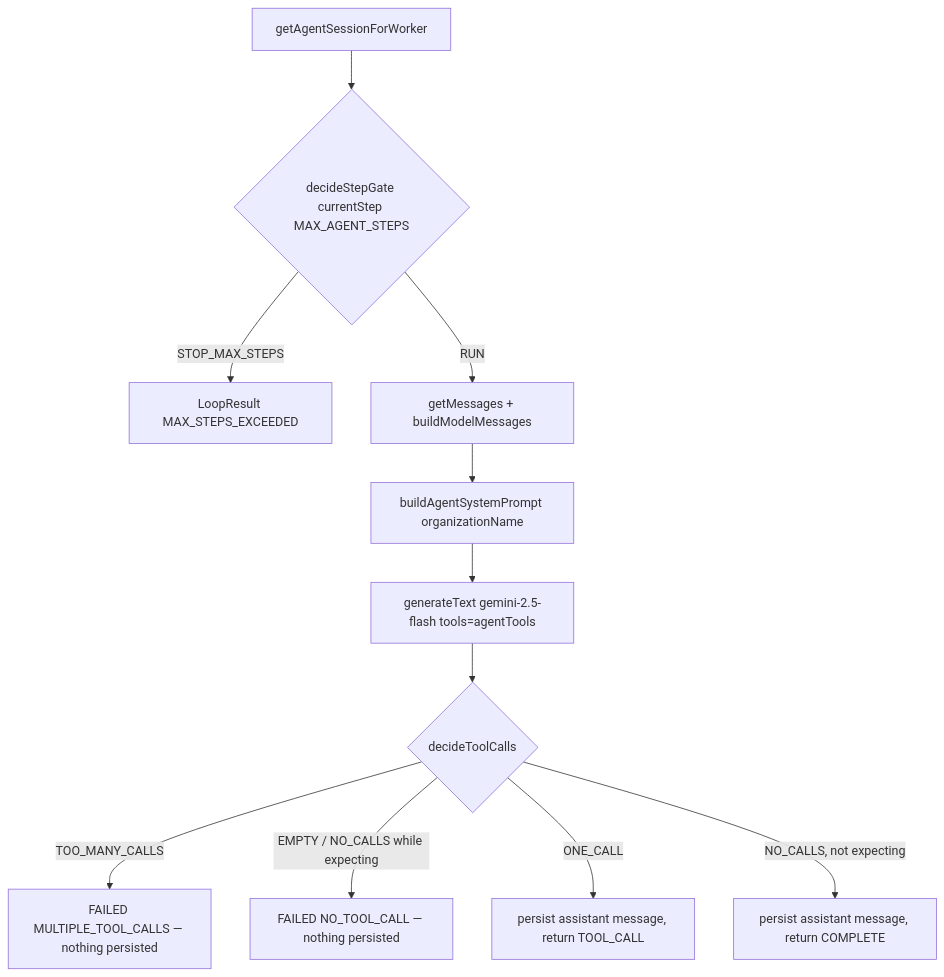
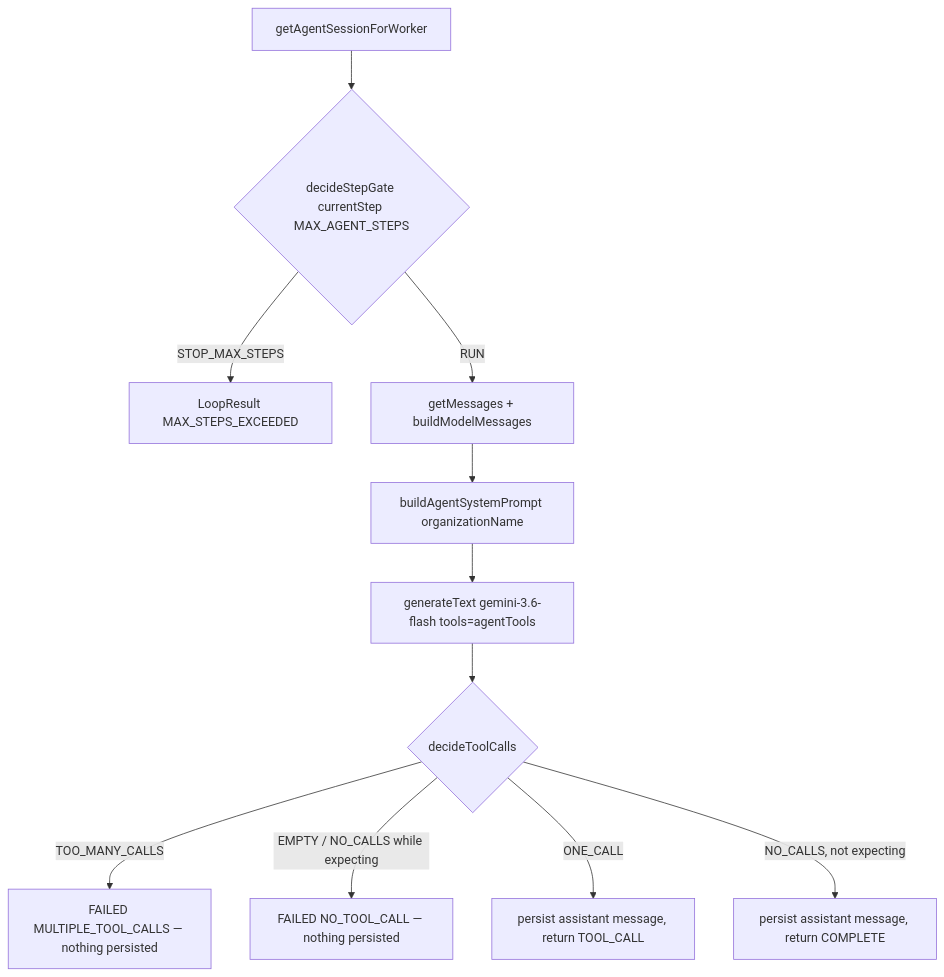
One commit to Mayur11code/Forge changed the third of 7 diagrams in forge/docs/architecture/agent/runtime.md. Above: the diagram before and after it, drawn with Mermaid. The commit also changed 5 other files, not shown here.

````diff
--- a/forge/docs/architecture/agent/runtime.md
+++ b/forge/docs/architecture/agent/runtime.md
@@ -172,13 +172,13 @@
 ```mermaid
 flowchart TD
     S[getAgentSessionForWorker] --> G{decideStepGate currentStep MAX_AGENT_STEPS}
     G -->|STOP_MAX_STEPS| MX[LoopResult MAX_STEPS_EXCEEDED]
     G -->|RUN| MS[getMessages + buildModelMessages]
     MS --> PR[buildAgentSystemPrompt organizationName]
-    PR --> GT[generateText gemini-2.5-flash tools=agentTools]
+    PR --> GT[generateText gemini-3.6-flash tools=agentTools]
     GT --> D{decideToolCalls}
     D -->|TOO_MANY_CALLS| FC[FAILED MULTIPLE_TOOL_CALLS — nothing persisted]
     D -->|EMPTY / NO_CALLS while expecting| FN[FAILED NO_TOOL_CALL — nothing persisted]
     D -->|ONE_CALL| PC[persist assistant message, return TOOL_CALL]
     D -->|NO_CALLS, not expecting| PCOM[persist assistant message, return COMPLETE]
 ```
````
